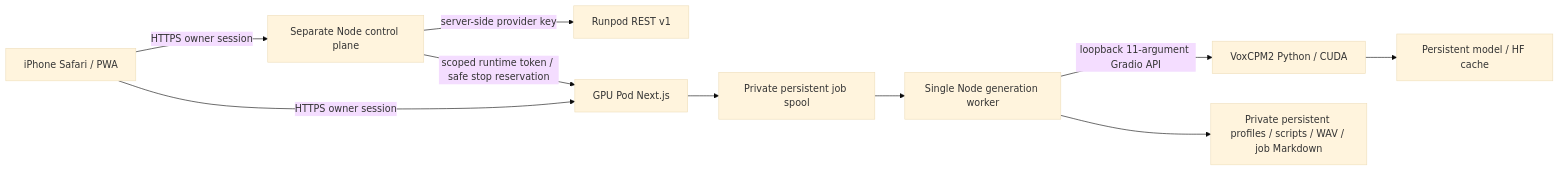
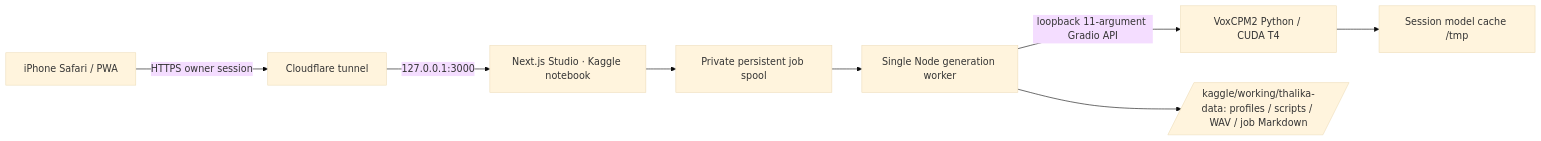
One commit to phyoethantnaing/thalika-iphone-cloud changed the diagram in docs/ARCHITECTURE.md. Above: the diagram before and after it, drawn with Mermaid (base theme). The commit also changed other lines of this file and 45 other files, not shown here.

First line of the commit message:
refactor: remove Runpod and Docker hosting; Kaggle notebook is the only GPU path

````diff
--- a/docs/ARCHITECTURE.md
+++ b/docs/ARCHITECTURE.md
@@ -3,12 +3,10 @@
 ```mermaid
 flowchart LR
-  I[iPhone Safari / PWA] -->|HTTPS owner session| C[Separate Node control plane]
-  C -->|server-side provider key| R[Runpod REST v1]
-  C -->|scoped runtime token / safe stop reservation| N[GPU Pod Next.js]
-  I -->|HTTPS owner session| N
+  I[iPhone Safari / PWA] -->|HTTPS owner session| T[Cloudflare tunnel]
+  T -->|127.0.0.1:3000| N[Next.js Studio · Kaggle notebook]
   N --> Q[Private persistent job spool]
   Q --> W[Single Node generation worker]
-  W -->|loopback 11-argument Gradio API| V[VoxCPM2 Python / CUDA]
-  V --> M[Persistent model / HF cache]
-  W --> D[Private persistent profiles / scripts / WAV / job Markdown]
+  W -->|loopback 11-argument Gradio API| V[VoxCPM2 Python / CUDA T4]
+  V --> M[Session model cache /tmp]
+  W --> D[/kaggle/working/thalika-data: profiles / scripts / WAV / job Markdown/]
 ```
````
